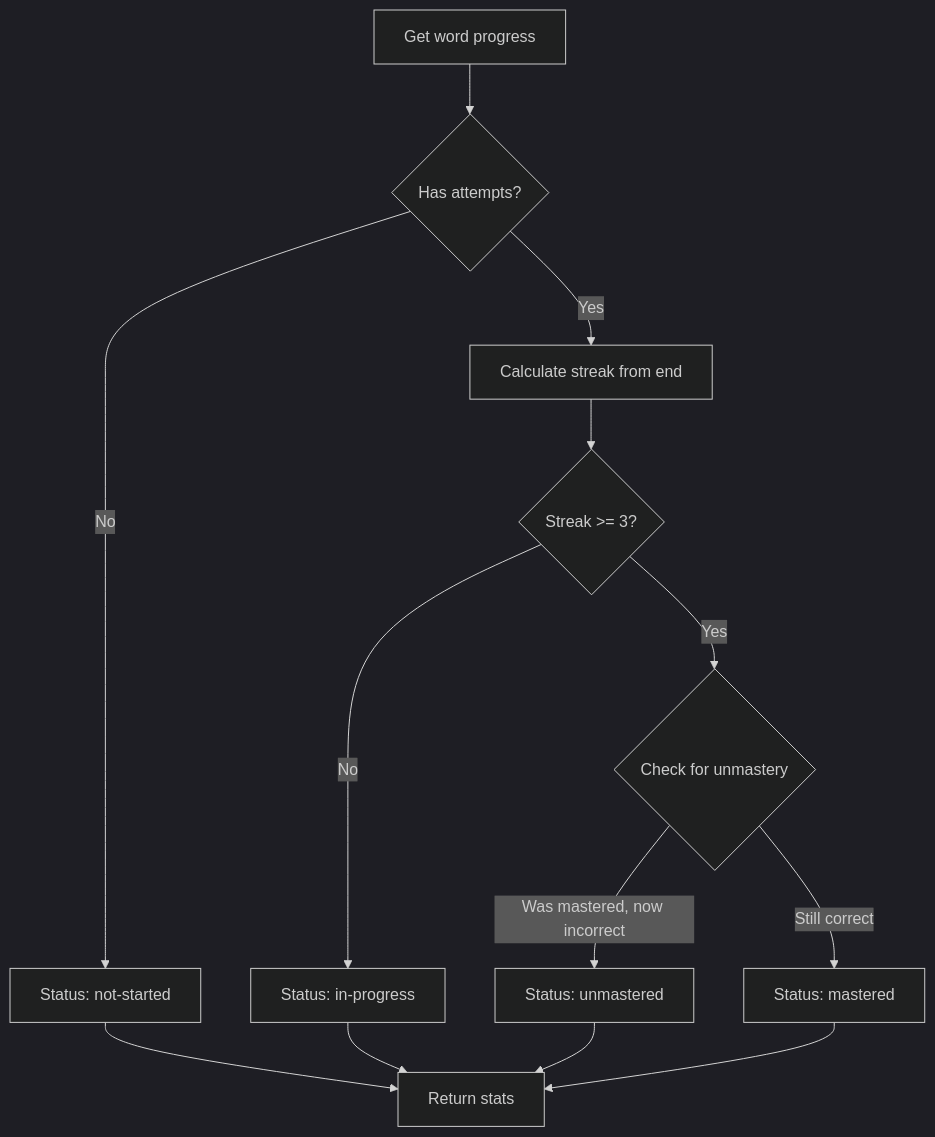
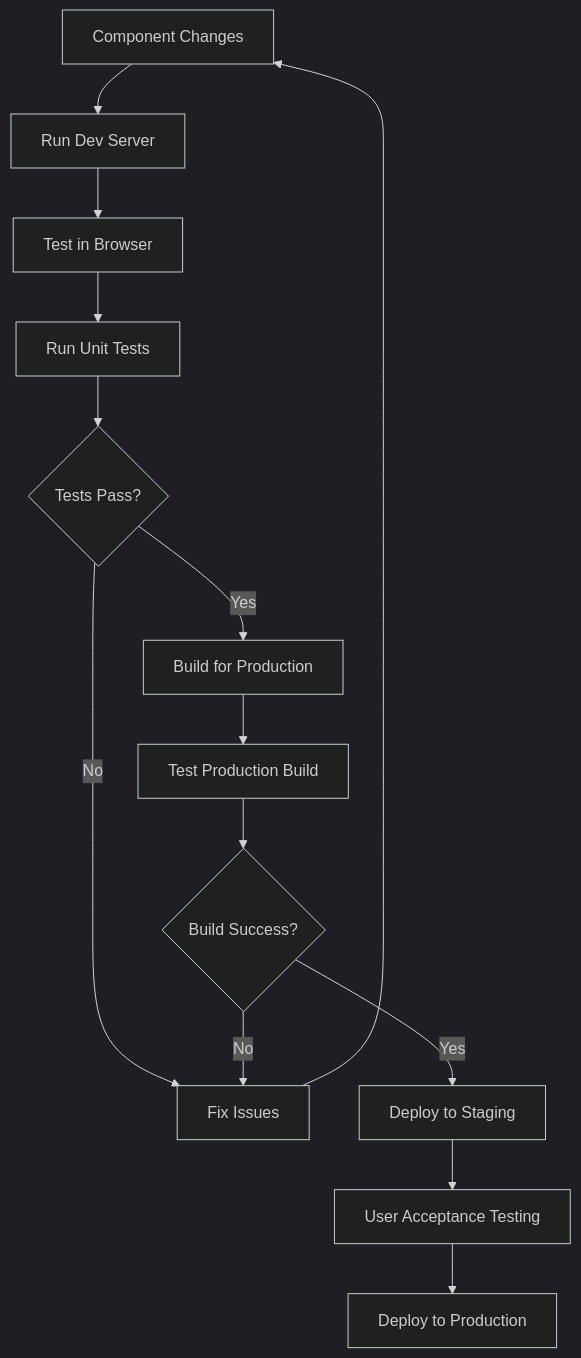
The seventh of 15 diagrams in .sop/summary/workflows.md (getOffIt/spellingWebsite), drawn with Mermaid (dark theme) before and after one commit. The commit also changed other lines of this file and 17 other files, not shown here.

````diff
--- a/.sop/summary/workflows.md
+++ b/.sop/summary/workflows.md
@@ -108,15 +159,16 @@
 ```mermaid
 flowchart TD
-    A[Get word progress] --> B{Has attempts?}
-    B -->|No| C[Status: not-started]
-    B -->|Yes| D[Calculate streak from end]
-    D --> E{Streak >= 3?}
-    E -->|No| F[Status: in-progress]
-    E -->|Yes| G{Check for unmastery}
-    G -->|Was mastered, now incorrect| H[Status: unmastered]
-    G -->|Still correct| I[Status: mastered]
-    C --> J[Return stats]
-    F --> J
-    H --> J
-    I --> J
+    A[Component Changes] --> B[Run Dev Server]
+    B --> C[Test in Browser]
+    C --> D[Run Unit Tests]
+    D --> E{Tests Pass?}
+    E -->|No| F[Fix Issues]
+    F --> A
+    E -->|Yes| G[Build for Production]
+    G --> H[Test Production Build]
+    H --> I{Build Success?}
+    I -->|No| F
+    I -->|Yes| J[Deploy to Staging]
+    J --> K[User Acceptance Testing]
+    K --> L[Deploy to Production]
 ```
````
